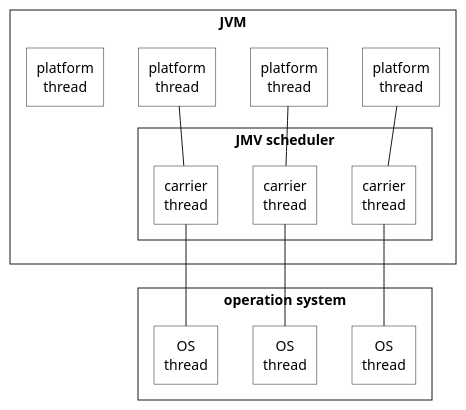
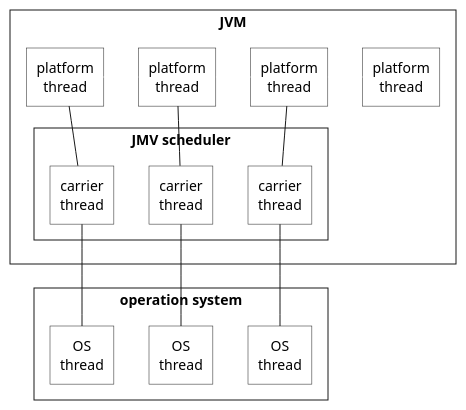
Before and after one commit to ti-cortex-m4/demo-java-virtual-threads2: the diagram in images/virtual_threads.puml, drawn with PlantUML.

```diff
--- a/images/virtual_threads.puml
+++ b/images/virtual_threads.puml
@@ -1,38 +1,42 @@
 @startuml
 
 skinparam {
     defaultTextAlignment center
     roundCorner 0
     CardBackgroundColor transparent
     RectangleBackgroundColor transparent
     RectangleFontName Source Sans Pro
 }
 
 rectangle JVM {
   rectangle "platform\nthread" as PlatformThread1
   rectangle "platform\nthread" as PlatformThread2
   rectangle "platform\nthread" as PlatformThread3
   rectangle "platform\nthread" as PlatformThread4
+
+  PlatformThread1 -right[#white]- PlatformThread2
+  PlatformThread2 -right[#white]- PlatformThread3
+  PlatformThread3 -right[#white]- PlatformThread4
 
   rectangle "JMV scheduler" {
     rectangle "сarrier\nthread" as CarrierThread1
     rectangle "сarrier\nthread" as CarrierThread2
     rectangle "сarrier\nthread" as CarrierThread3
   }
 }
 
 rectangle "operation system" {
   rectangle "OS\nthread" as OsThread1
   rectangle "OS\nthread" as OsThread2
   rectangle "OS\nthread" as OsThread3
 }
 
 OsThread1 -up- CarrierThread1
 OsThread2 -up- CarrierThread2
 OsThread3 -up- CarrierThread3
 
 CarrierThread1 -up- PlatformThread1
 CarrierThread2 -up- PlatformThread2
 CarrierThread3 -up- PlatformThread3
 
 @enduml
```
